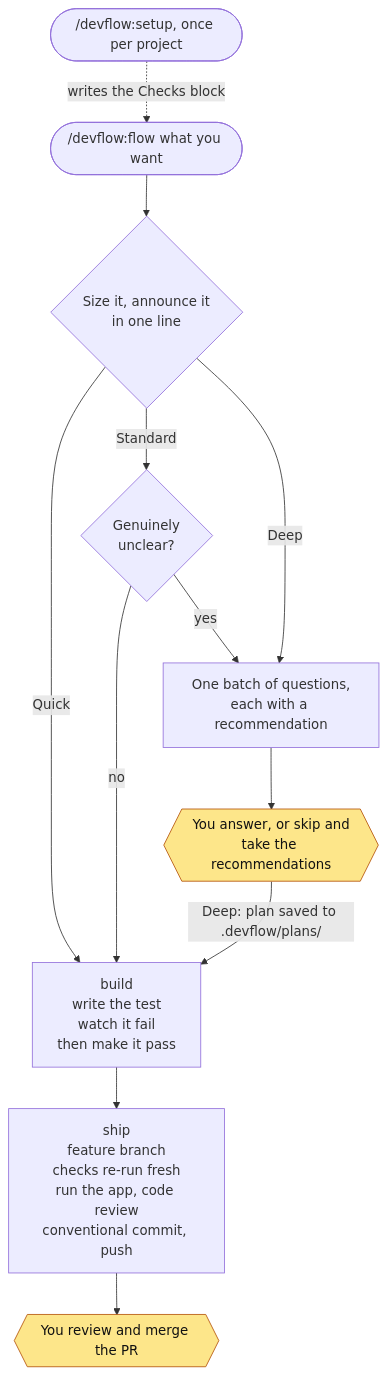
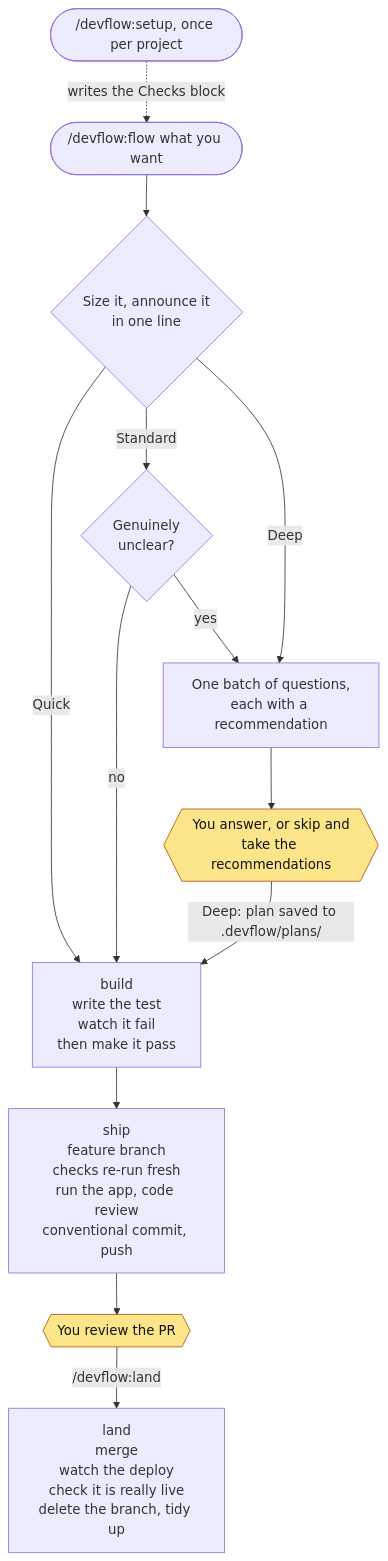
Before and after one commit to eddiechok/agent-devflow: the diagram in README.md, drawn with Mermaid. The commit also changed other lines of this file and 4 other files, not shown here.

````diff
--- a/README.md
+++ b/README.md
@@ -73,20 +80,21 @@
 ```mermaid
 flowchart TD
     SETUP(["/devflow:setup, once per project"]) -.->|"writes the Checks block"| REQ
     REQ(["/devflow:flow what you want"]) --> SIZE{"Size it, announce it<br/>in one line"}
 
     SIZE -->|Quick| BUILD
     SIZE -->|Standard| CLEAR{"Genuinely<br/>unclear?"}
     SIZE -->|Deep| ASK
     CLEAR -->|no| BUILD
     CLEAR -->|yes| ASK
 
     ASK["One batch of questions,<br/>each with a recommendation"] --> YOU1{{"You answer, or skip and<br/>take the recommendations"}}
     YOU1 -->|"Deep: plan saved to .devflow/plans/"| BUILD
 
     BUILD["build<br/>write the test<br/>watch it fail<br/>then make it pass"] --> SHIP["ship<br/>feature branch<br/>checks re-run fresh<br/>run the app, code review<br/>conventional commit, push"]
-    SHIP --> YOU2{{"You review and merge the PR"}}
+    SHIP --> YOU2{{"You review the PR"}}
+    YOU2 -->|"/devflow:land"| LAND["land<br/>merge<br/>watch the deploy<br/>check it is really live<br/>delete the branch, tidy up"]
 
     classDef human fill:#fde68a,stroke:#b45309,color:#111
     class YOU1,YOU2 human
 ```
````
